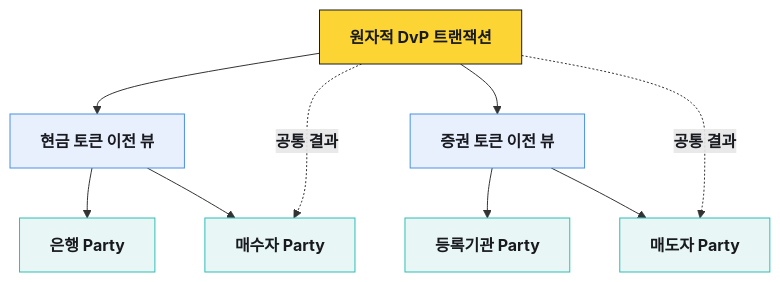
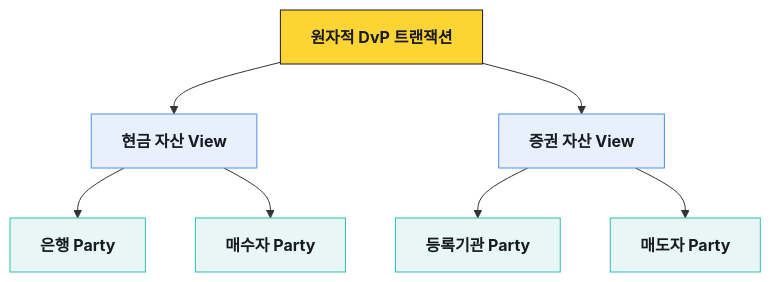
One commit to eunsujeo/eunpus changed the third of 3 diagrams in blockchain-manager/docs/온보딩/Canton Network/01-privacy-and-ledger-model.md. Above: the diagram before and after it, drawn with Mermaid. The commit also changed other lines of this file and 24 other files, not shown here.

````diff
--- a/blockchain-manager/docs/온보딩/Canton Network/01-privacy-and-ledger-model.md
+++ b/blockchain-manager/docs/온보딩/Canton Network/01-privacy-and-ledger-model.md
@@ -49,19 +122,17 @@
 ```mermaid
 flowchart TB
     ROOT[원자적 DvP 트랜잭션]
-    ROOT --> CASH[현금 토큰 이전 뷰]
-    ROOT --> ASSET[증권 토큰 이전 뷰]
+    ROOT --> CASH[현금 자산 View]
+    ROOT --> ASSET[증권 자산 View]
     CASH --> BANK[은행 Party]
     CASH --> BUYER[매수자 Party]
-    ASSET --> REG[등록기관 Party]
+    ASSET --> REGISTRY[등록기관 Party]
     ASSET --> SELLER[매도자 Party]
-    ROOT -.공통 결과.-> BUYER
-    ROOT -.공통 결과.-> SELLER
 
     classDef root fill:#fcd535,stroke:#181a20,color:#181a20,font-weight:bold
     classDef view fill:#e8f0fe,stroke:#4a90e2,color:#181a20
     classDef party fill:#e8f7f5,stroke:#2dbdb6,color:#181a20
     class ROOT root
     class CASH,ASSET view
-    class BANK,BUYER,REG,SELLER party
+    class BANK,BUYER,REGISTRY,SELLER party
 ```
````
